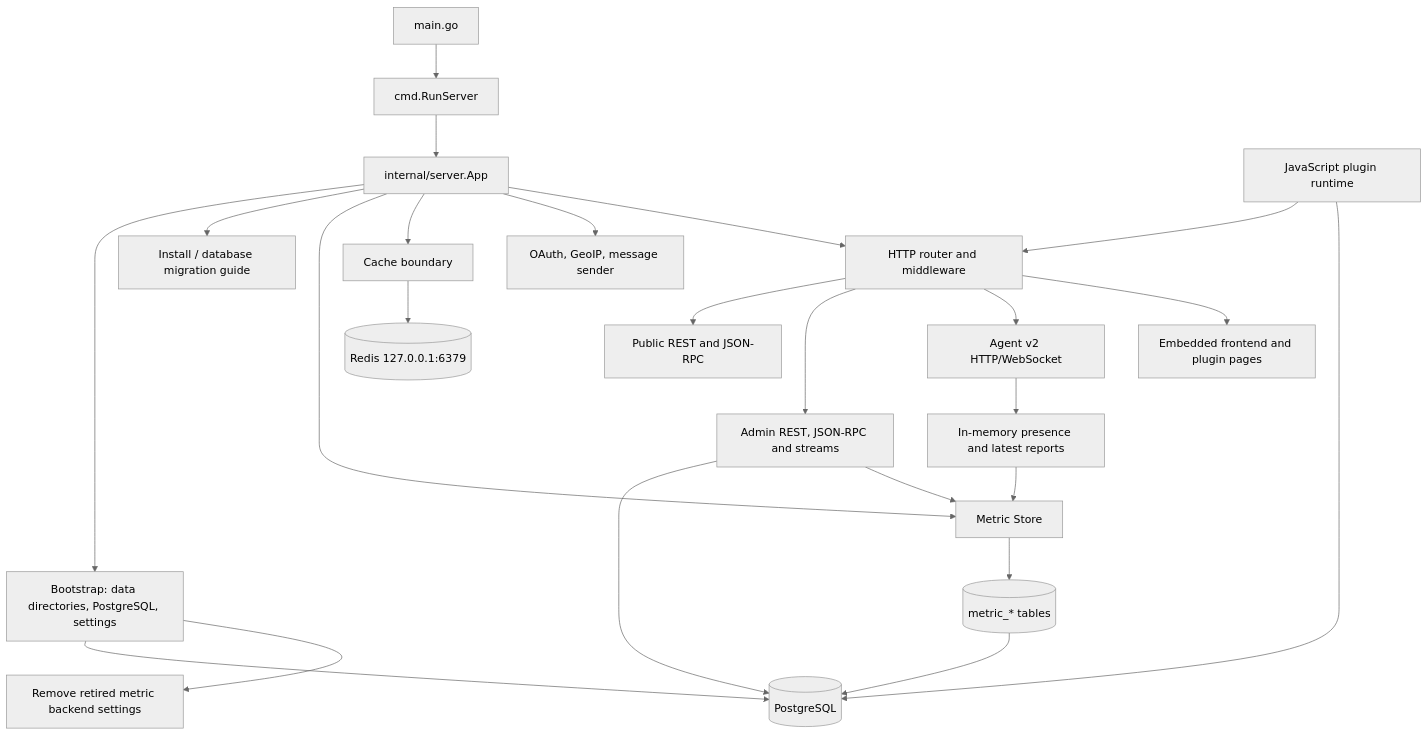
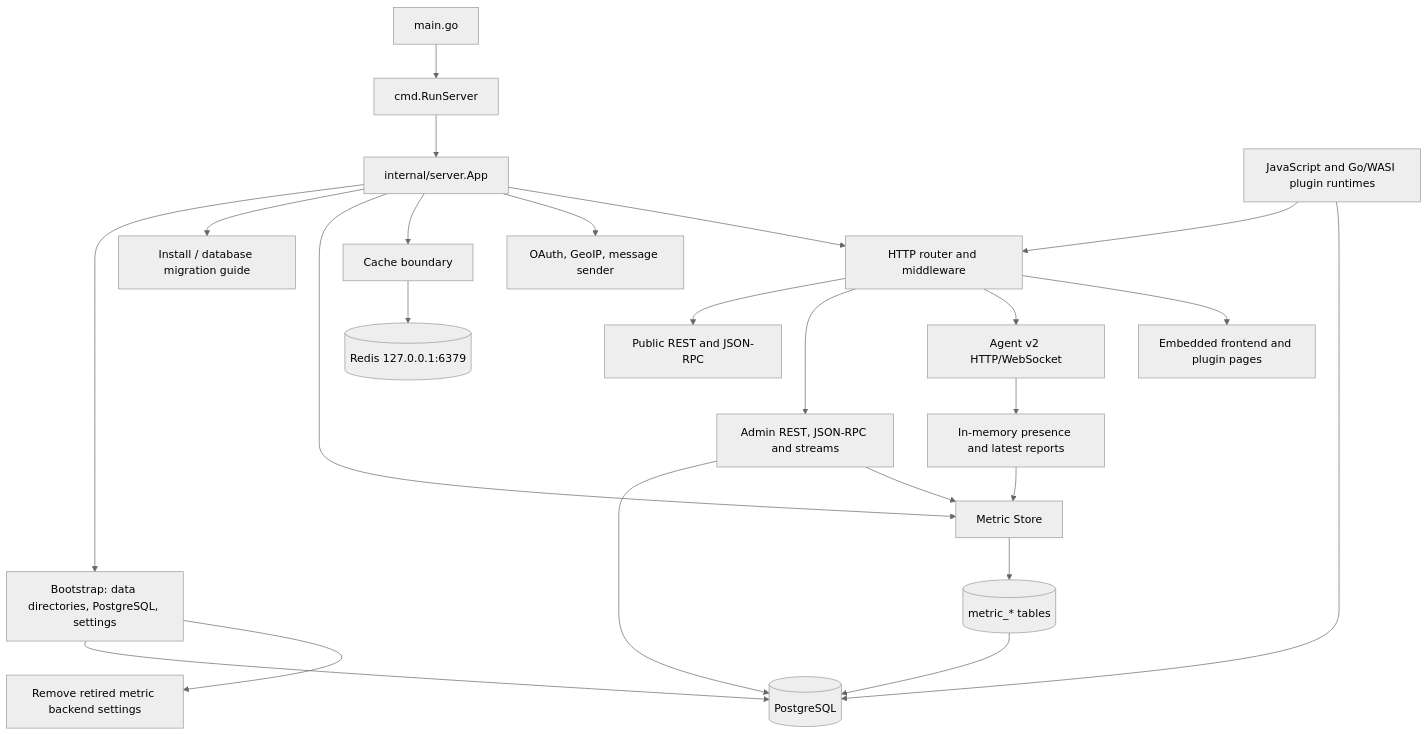
One commit to llovely45/komari-next changed the first of 2 diagrams in docs/technical-overview.md. Above: the diagram before and after it, drawn with Mermaid (neutral theme). The commit also changed other lines of this file and 27 other files, not shown here.

Commit message:
feat: add Go WASI runtime and migrate DDNS plugin

```diff
--- a/docs/technical-overview.md
+++ b/docs/technical-overview.md
@@ -12,26 +12,26 @@
 ~~~mermaid
 flowchart TD
     Main[main.go] --> Command[cmd.RunServer]
     Command --> Lifecycle[internal/server.App]
     Lifecycle --> Bootstrap[Bootstrap: data directories, PostgreSQL, settings]
     Bootstrap --> MainDB[(PostgreSQL)]
     Bootstrap --> Retired[Remove retired metric backend settings]
     Lifecycle --> Guides[Install / database migration guide]
     Lifecycle --> Metric[Metric Store]
     Metric --> MetricTables[(metric_* tables)]
     MetricTables --> MainDB
     Lifecycle --> Cache[Cache boundary]
     Cache --> Redis[(Redis 127.0.0.1:6379)]
     Lifecycle --> Providers[OAuth, GeoIP, message sender]
     Lifecycle --> Router[HTTP router and middleware]
     Router --> Public[Public REST and JSON-RPC]
     Router --> Admin[Admin REST, JSON-RPC and streams]
     Router --> Agent[Agent v2 HTTP/WebSocket]
     Router --> Static[Embedded frontend and plugin pages]
     Agent --> Runtime[In-memory presence and latest reports]
     Runtime --> Metric
     Admin --> MainDB
     Admin --> Metric
-    Plugins[JavaScript plugin runtime] --> Router
+    Plugins[JavaScript and Go/WASI plugin runtimes] --> Router
     Plugins --> MainDB
 ~~~
```
